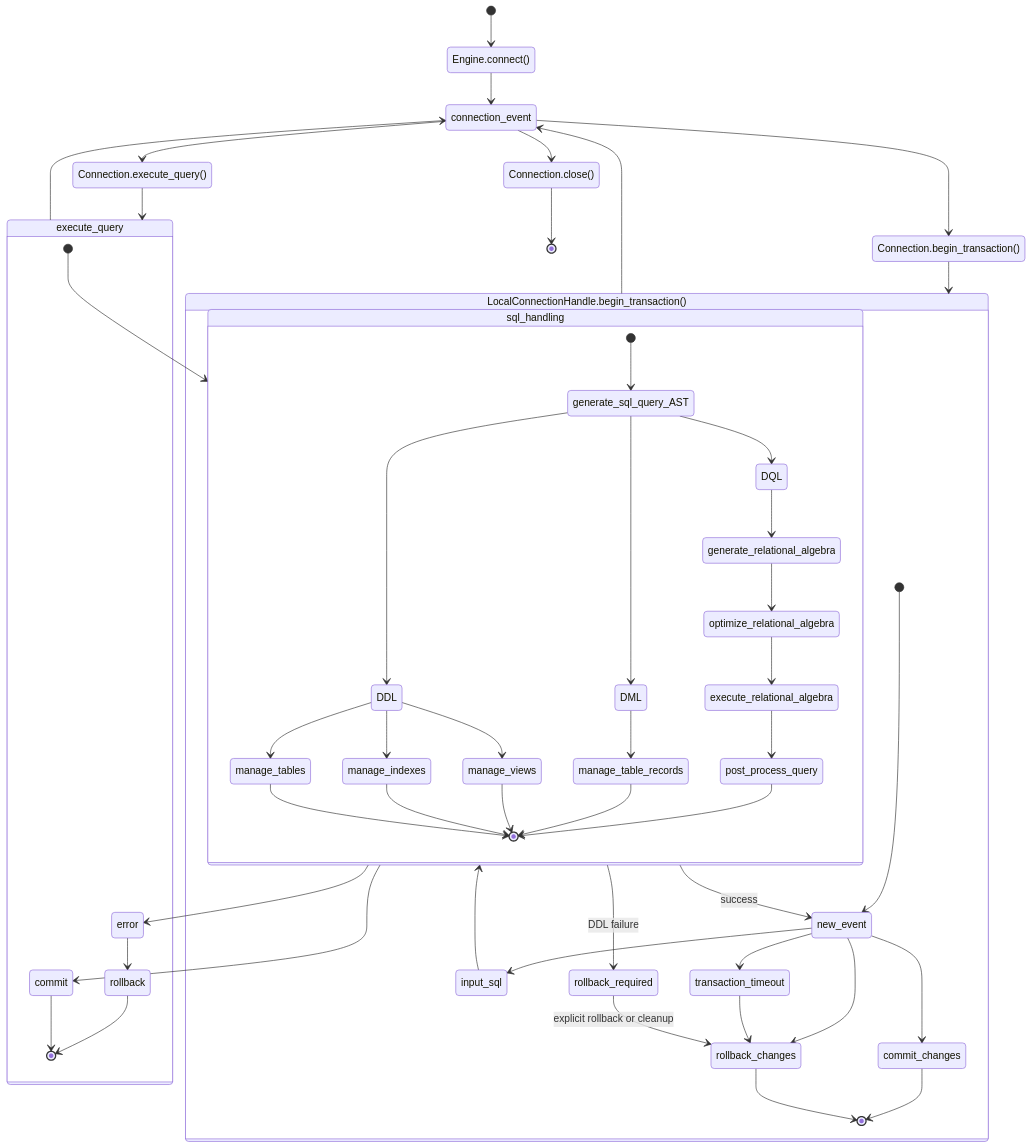
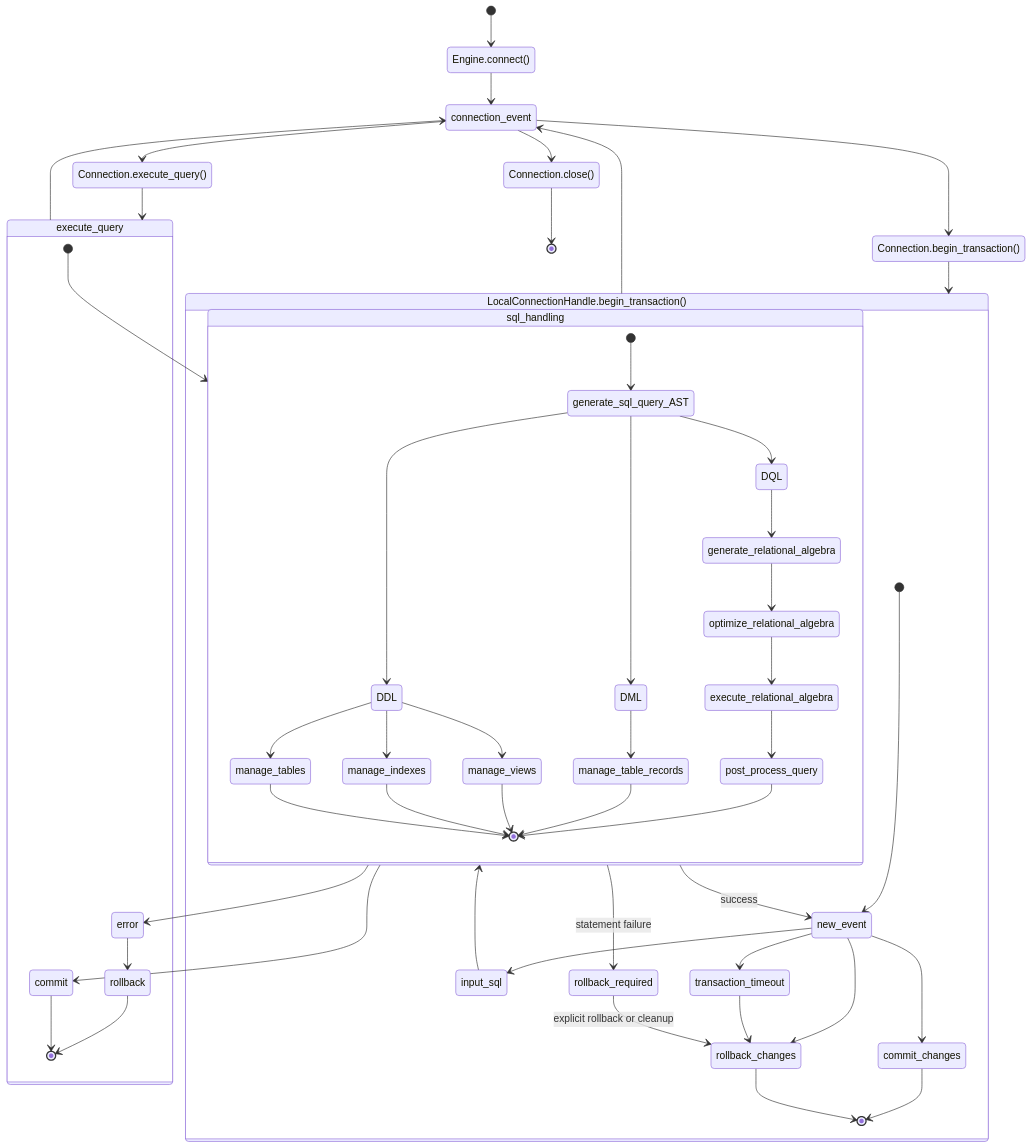
Before and after one commit to adityarao2005/database: the second of 2 diagrams in docs/design/local_sql_db.md, drawn with Mermaid. The commit also changed other lines of this file and 1 other file, not shown here.

Commit message:
feat: update documentation for storage API and transaction failure policy; clarify statement rollback behavior

````diff
--- a/docs/design/local_sql_db.md
+++ b/docs/design/local_sql_db.md
@@ -95,71 +95,71 @@
 ```mermaid
 stateDiagram-v2
 
     [*] --> Engine.connect()
 
     Engine.connect() --> connection_event
     connection_event --> Connection.execute_query()
     connection_event --> Connection.begin_transaction()
 
     Connection.execute_query() --> execute_query
     execute_query --> connection_event
     connection_event --> Connection.close()
 
     state execute_query {
         [*] --> sql_handling
         sql_handling --> error
         error --> rollback
         rollback --> [*]
         sql_handling --> commit
         commit --> [*]
     }
 
     Connection.begin_transaction() --> LocalConnectionHandle.begin_transaction()
 
     LocalConnectionHandle.begin_transaction() --> connection_event
 
     state LocalConnectionHandle.begin_transaction() {
         [*] --> new_event
         new_event --> input_sql
         new_event --> commit_changes
         new_event --> rollback_changes
         new_event --> transaction_timeout
         transaction_timeout --> rollback_changes
 
         commit_changes --> [*]
         rollback_changes --> [*]
 
         input_sql --> sql_handling
         sql_handling --> new_event : success
-        sql_handling --> rollback_required : DDL failure
+        sql_handling --> rollback_required : statement failure
         rollback_required --> rollback_changes : explicit rollback or cleanup
     }
 
     state sql_handling {
         [*] --> generate_sql_query_AST
         
         generate_sql_query_AST --> DDL
         DDL --> manage_tables
         manage_tables --> [*]
 
         DDL --> manage_indexes
         manage_indexes --> [*]
 
         DDL --> manage_views
         manage_views --> [*]
 
         generate_sql_query_AST --> DML
         DML --> manage_table_records
         manage_table_records --> [*]
         
         generate_sql_query_AST --> DQL
         DQL --> generate_relational_algebra
         generate_relational_algebra --> optimize_relational_algebra
         optimize_relational_algebra --> execute_relational_algebra
         execute_relational_algebra --> post_process_query
 
         post_process_query --> [*]
     }
 
     Connection.close() --> [*]
 ```
````
